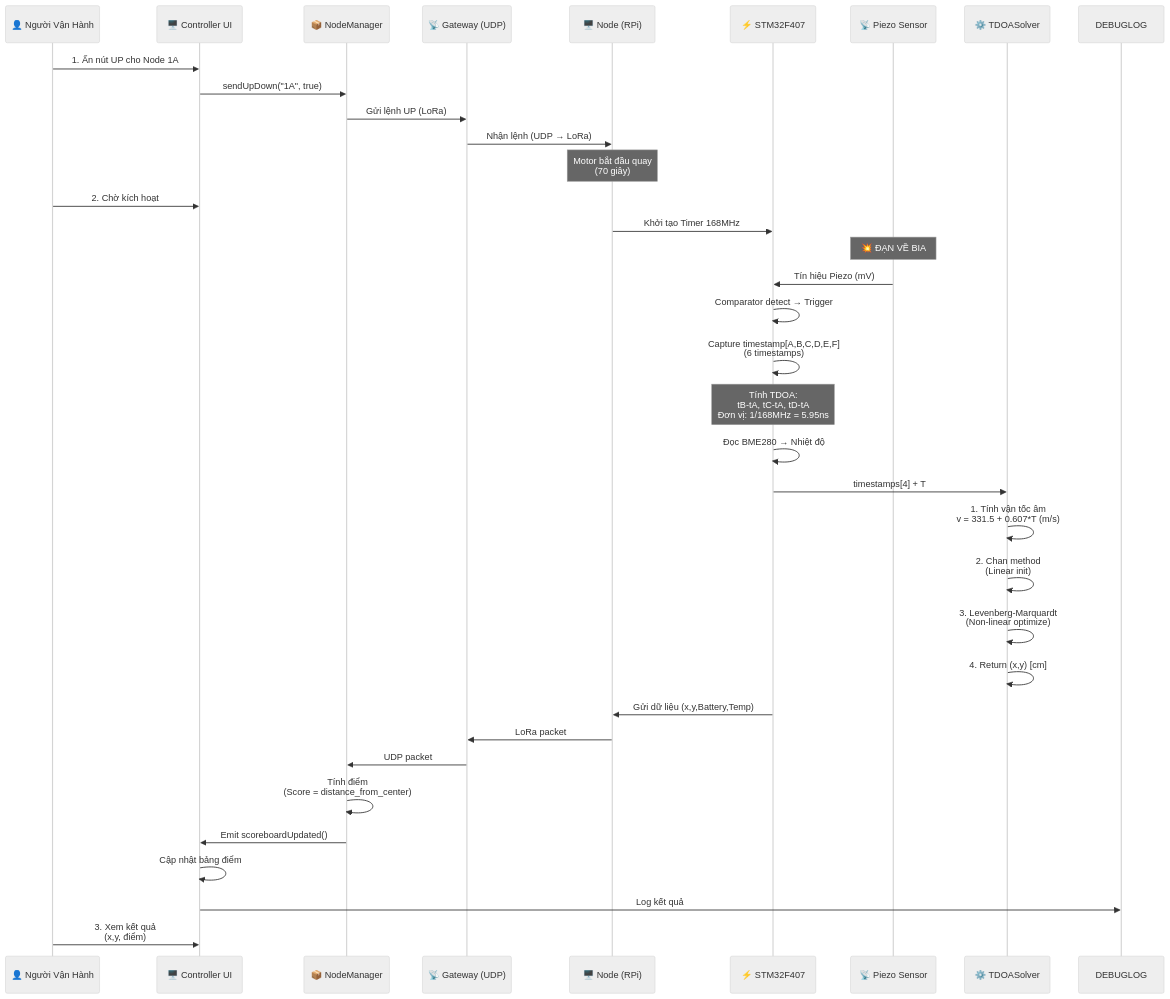
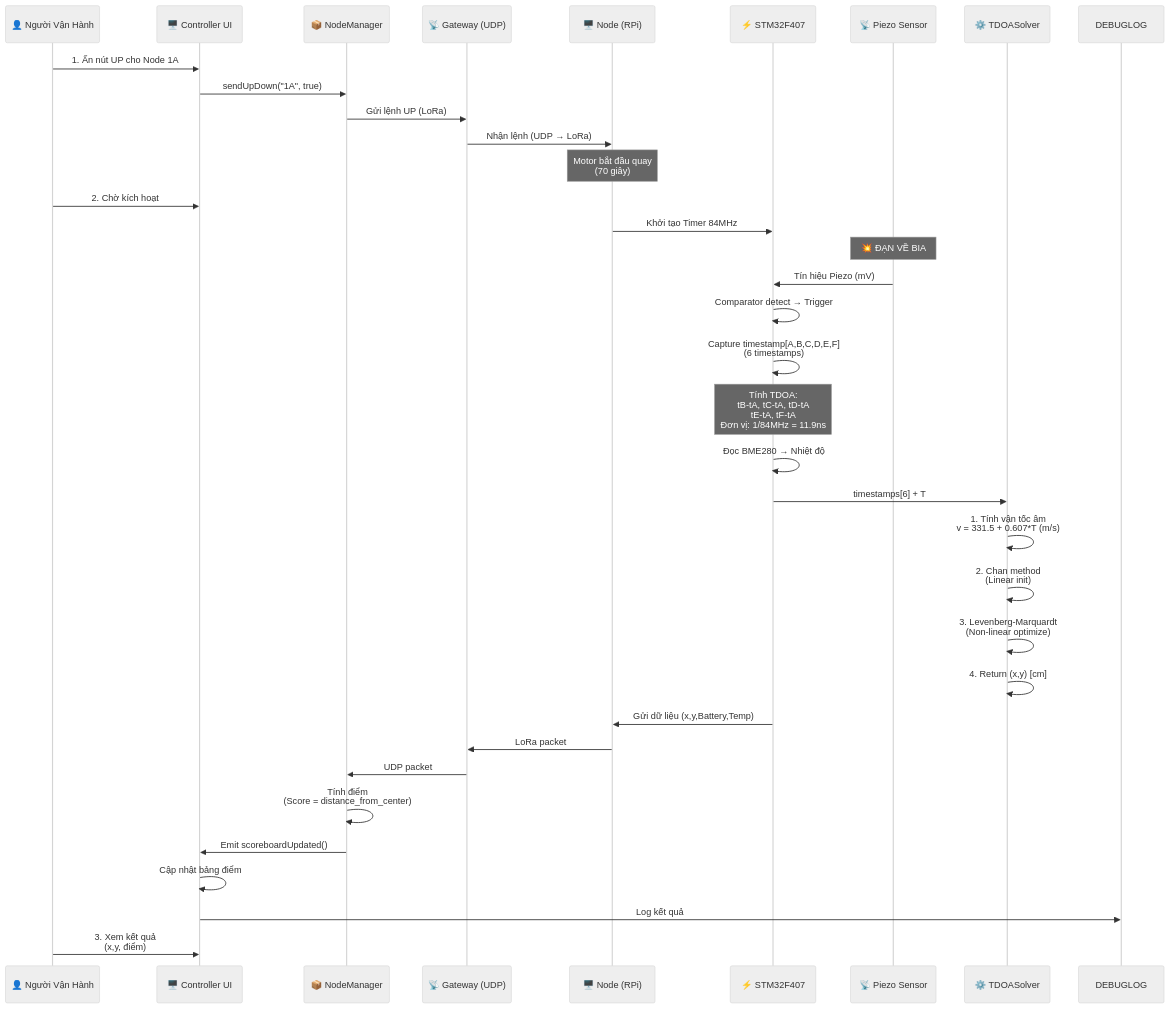
Before and after one commit to Dunghero1412/HTTDTD_v3.1: the second of 14 diagrams in docs/MERMAID.md, drawn with Mermaid (neutral theme). The commit also changed other lines of this file, not shown here.

Commit message:
Update MERMAID.md: 6 sensors (A-F) and 84MHz timer

````diff
--- a/docs/MERMAID.md
+++ b/docs/MERMAID.md
@@ -70,47 +70,47 @@
 ```mermaid
 sequenceDiagram
     participant User as 👤 Người Vận Hành
     participant UI as 🖥️ Controller UI
     participant NodeMgr as 📦 NodeManager
     participant Gateway as 📡 Gateway (UDP)
     participant Node as 🖥️ Node (RPi)
     participant STM32 as ⚡ STM32F407
     participant Sensor as 📡 Piezo Sensor
     participant TDoA as ⚙️ TDOASolver
 
     User->>UI: 1. Ấn nút UP cho Node 1A
     UI->>NodeMgr: sendUpDown("1A", true)
     NodeMgr->>Gateway: Gửi lệnh UP (LoRa)
     Gateway->>Node: Nhận lệnh (UDP → LoRa)
     
     Note over Node: Motor bắt đầu quay<br/>(70 giây)
     
     User->>UI: 2. Chờ kích hoạt
-    Node->>STM32: Khởi tạo Timer 168MHz
+    Node->>STM32: Khởi tạo Timer 84MHz
     
     Note over Sensor: 💥 ĐẠN VỀ BIA
     Sensor->>STM32: Tín hiệu Piezo (mV)
     STM32->>STM32: Comparator detect → Trigger
     STM32->>STM32: Capture timestamp[A,B,C,D,E,F]<br/>(6 timestamps)
     
-    Note over STM32: Tính TDOA:<br/>tB-tA, tC-tA, tD-tA<br/>Đơn vị: 1/168MHz = 5.95ns
+    Note over STM32: Tính TDOA:<br/>tB-tA, tC-tA, tD-tA<br/>tE-tA, tF-tA<br/>Đơn vị: 1/84MHz = 11.9ns
     
     STM32->>STM32: Đọc BME280 → Nhiệt độ
-    STM32->>TDoA: timestamps[4] + T
+    STM32->>TDoA: timestamps[6] + T
     TDoA->>TDoA: 1. Tính vận tốc âm<br/>v = 331.5 + 0.607*T (m/s)
     TDoA->>TDoA: 2. Chan method<br/>(Linear init)
     TDoA->>TDoA: 3. Levenberg-Marquardt<br/>(Non-linear optimize)
     TDoA->>TDoA: 4. Return (x,y) [cm]
     
     STM32->>Node: Gửi dữ liệu (x,y,Battery,Temp)
     Node->>Gateway: LoRa packet
     Gateway->>NodeMgr: UDP packet
     
     NodeMgr->>NodeMgr: Tính điểm<br/>(Score = distance_from_center)
     NodeMgr->>UI: Emit scoreboardUpdated()
     
     UI->>UI: Cập nhật bảng điểm
     UI->>DEBUGLOG: Log kết quả
     
     User->>UI: 3. Xem kết quả<br/>(x,y, điểm)
 ```
````
